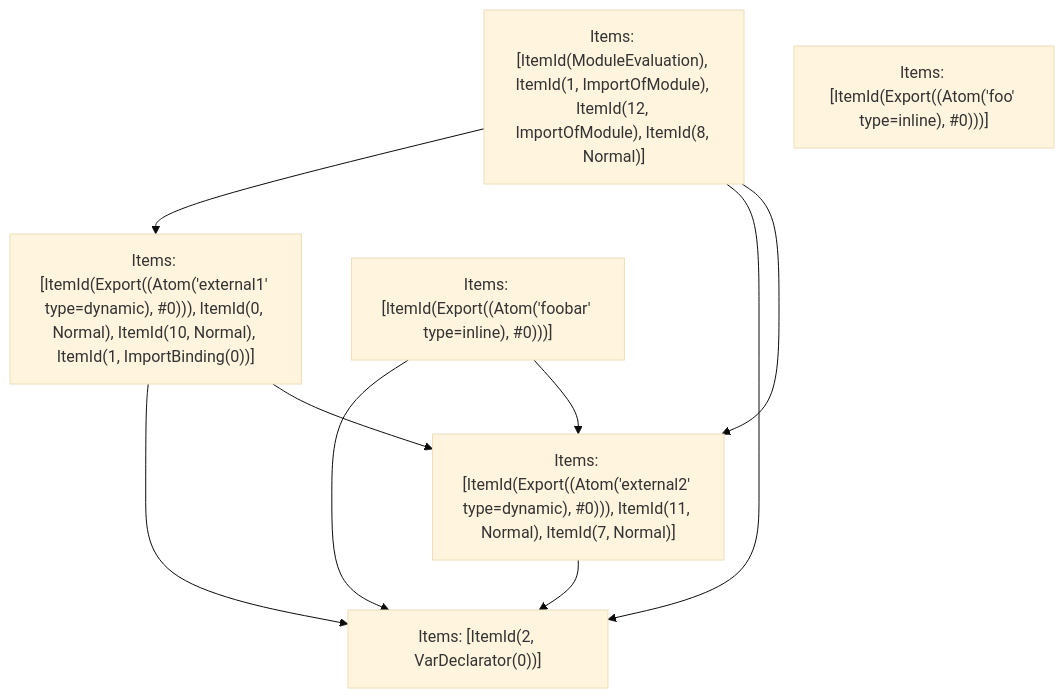
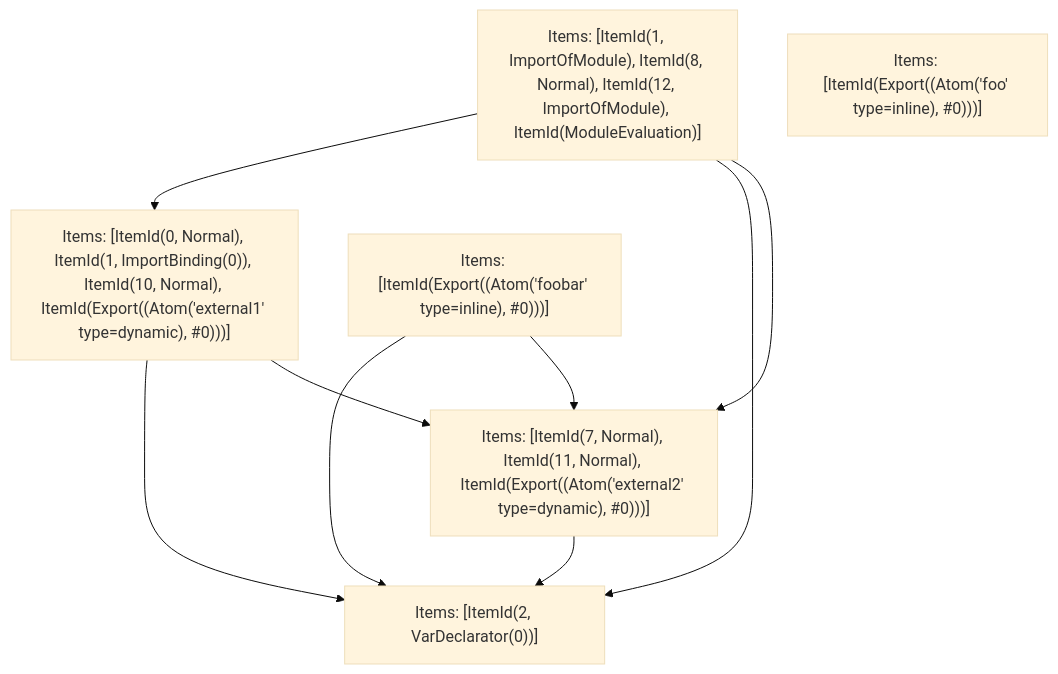
One commit to vercel/turborepo changed the fifth of 5 diagrams in crates/turbopack-ecmascript/tests/tree-shaker/analyzer/2/output.md. Above: the diagram before and after it, drawn with Mermaid (base theme). The commit also changed other lines of this file and 3 other files, not shown here.

````diff
--- a/crates/turbopack-ecmascript/tests/tree-shaker/analyzer/2/output.md
+++ b/crates/turbopack-ecmascript/tests/tree-shaker/analyzer/2/output.md
@@ -359,17 +359,17 @@
 ```mermaid
 graph TD
-    N0["Items: [ItemId(ModuleEvaluation), ItemId(1, ImportOfModule), ItemId(12, ImportOfModule), ItemId(8, Normal)]"];
-    N1["Items: [ItemId(Export((Atom('external1' type=dynamic), #0))), ItemId(0, Normal), ItemId(10, Normal), ItemId(1, ImportBinding(0))]"];
+    N0["Items: [ItemId(1, ImportOfModule), ItemId(8, Normal), ItemId(12, ImportOfModule), ItemId(ModuleEvaluation)]"];
+    N1["Items: [ItemId(0, Normal), ItemId(1, ImportBinding(0)), ItemId(10, Normal), ItemId(Export((Atom('external1' type=dynamic), #0)))]"];
     N2["Items: [ItemId(Export((Atom('foobar' type=inline), #0)))]"];
     N3["Items: [ItemId(Export((Atom('foo' type=inline), #0)))]"];
-    N4["Items: [ItemId(Export((Atom('external2' type=dynamic), #0))), ItemId(11, Normal), ItemId(7, Normal)]"];
+    N4["Items: [ItemId(7, Normal), ItemId(11, Normal), ItemId(Export((Atom('external2' type=dynamic), #0)))]"];
     N5["Items: [ItemId(2, VarDeclarator(0))]"];
     N0 --> N1;
     N0 --> N5;
     N0 --> N4;
     N1 --> N5;
     N1 --> N4;
     N2 --> N5;
     N2 --> N4;
     N4 --> N5;
 ```
````
